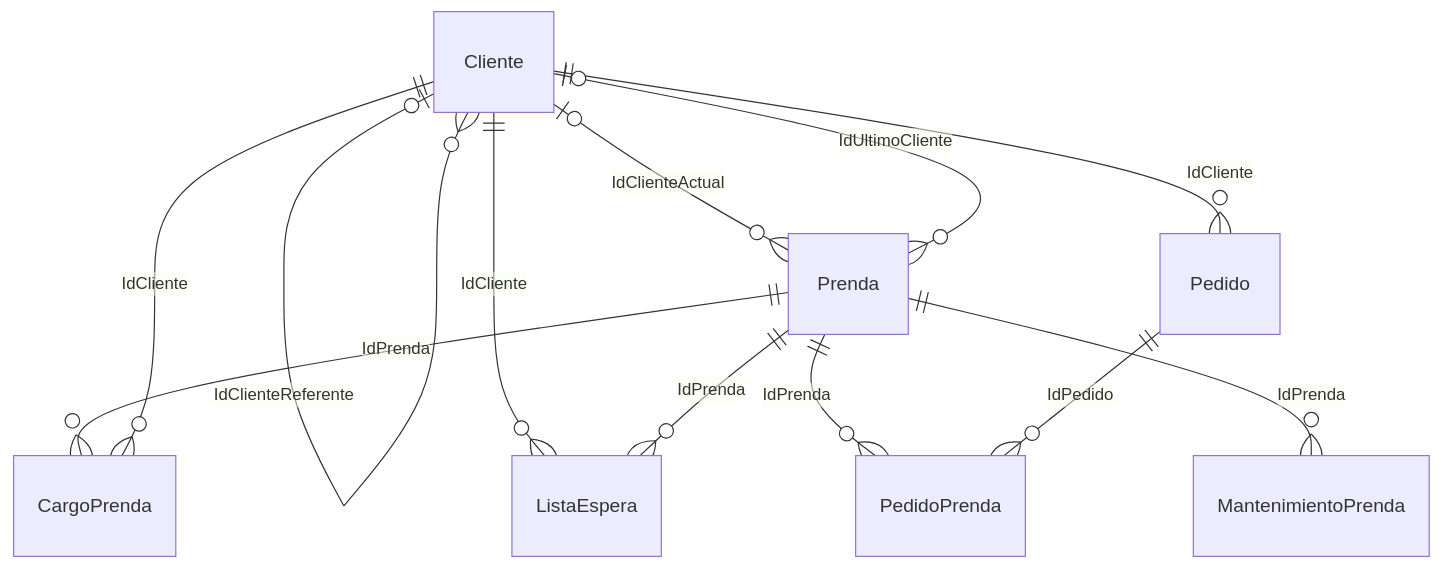
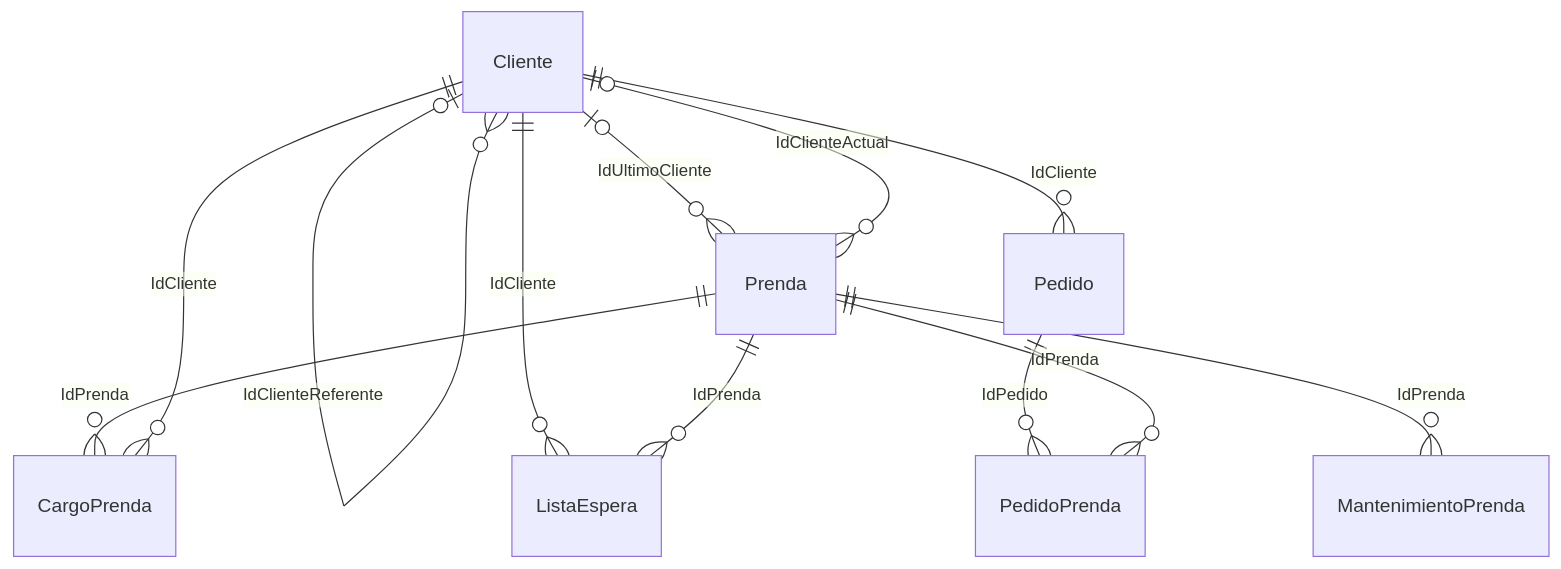
One commit to valentinamorana/Trabajo-de-Diploma changed the diagram in docs/diagramas/mermaid/MC_pn04_devolucion.mmd. Above: the diagram before and after it, drawn with Mermaid. The commit also changed other lines of this file and 113 other files, not shown here.

```diff
--- a/docs/diagramas/mermaid/MC_pn04_devolucion.mmd
+++ b/docs/diagramas/mermaid/MC_pn04_devolucion.mmd
@@ -1,19 +1,19 @@
 erDiagram
   Prenda ||--o{ CargoPrenda : "IdPrenda"
   Cliente ||--o{ CargoPrenda : "IdCliente"
   Cliente |o--o{ Cliente : "IdClienteReferente"
   Cliente ||--o{ ListaEspera : "IdCliente"
   Prenda ||--o{ ListaEspera : "IdPrenda"
   Prenda ||--o{ MantenimientoPrenda : "IdPrenda"
   Cliente ||--o{ Pedido : "IdCliente"
+  Pedido ||--o{ PedidoPrenda : "IdPedido"
   Prenda ||--o{ PedidoPrenda : "IdPrenda"
-  Pedido ||--o{ PedidoPrenda : "IdPedido"
+  Cliente |o--o{ Prenda : "IdUltimoCliente"
   Cliente |o--o{ Prenda : "IdClienteActual"
-  Cliente |o--o{ Prenda : "IdUltimoCliente"
   Cliente
   Pedido
   PedidoPrenda
   Prenda
   MantenimientoPrenda
   CargoPrenda
   ListaEspera
```
